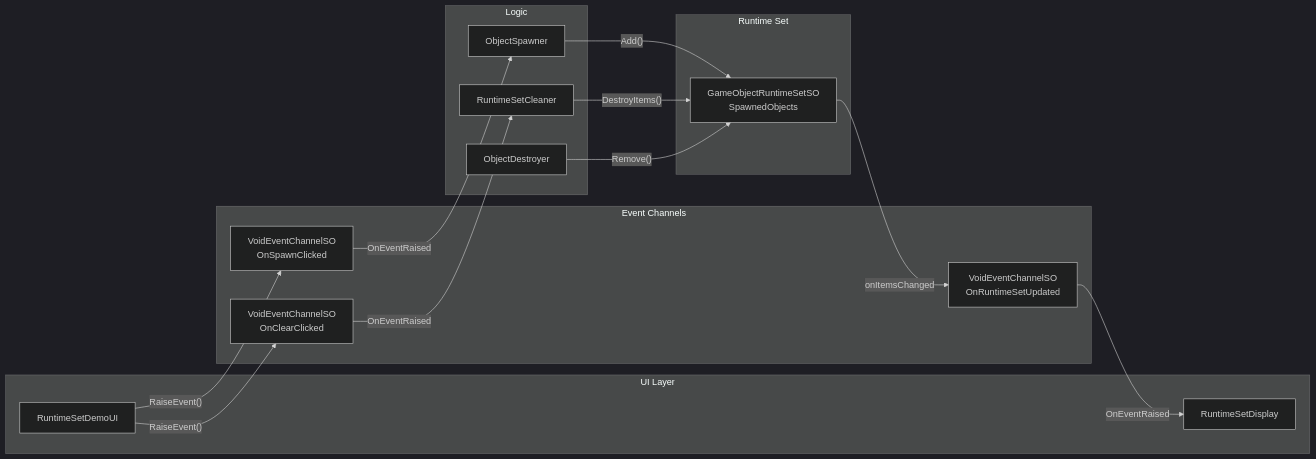
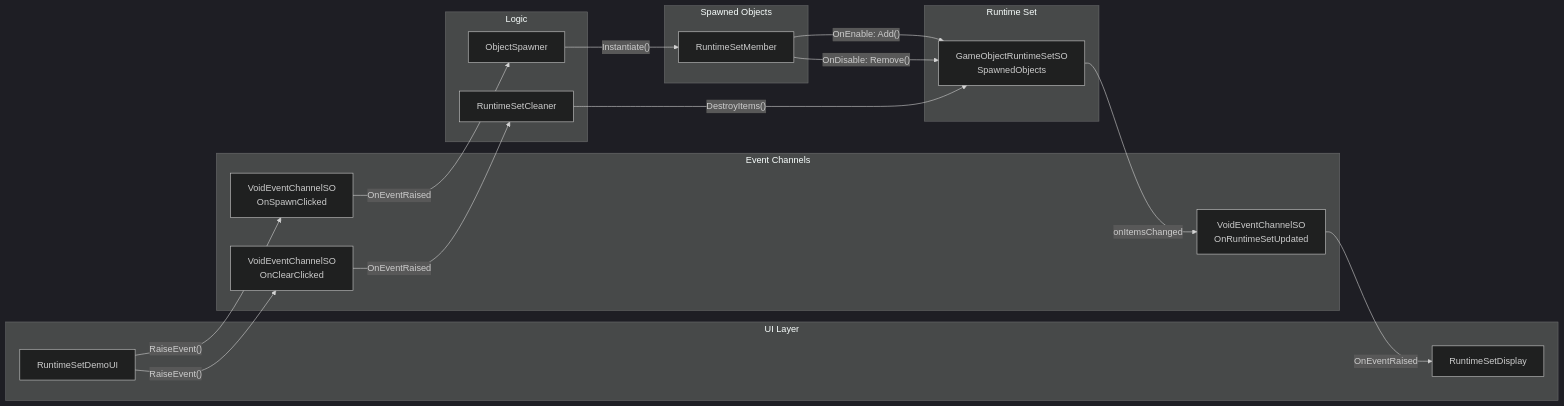
Before and after one commit to tang3cko/ReactiveSO-docs: the diagram in en/samples/runtime-sets-demo.md, drawn with Mermaid (dark theme). The commit also changed other lines of this file and 5 other files, not shown here.

````diff
--- a/en/samples/runtime-sets-demo.md
+++ b/en/samples/runtime-sets-demo.md
@@ -31,33 +31,37 @@
 ```mermaid
 graph LR
     subgraph "UI Layer"
         UI[RuntimeSetDemoUI]
         DSP[RuntimeSetDisplay]
     end
 
     subgraph "Event Channels"
         SPAWN_EVT[VoidEventChannelSO<br/>OnSpawnClicked]
         CLEAR_EVT[VoidEventChannelSO<br/>OnClearClicked]
         UPDATE_EVT[VoidEventChannelSO<br/>OnRuntimeSetUpdated]
     end
 
     subgraph "Runtime Set"
         SET[GameObjectRuntimeSetSO<br/>SpawnedObjects]
     end
 
     subgraph "Logic"
         SPAWNER[ObjectSpawner]
         CLEANER[RuntimeSetCleaner]
-        DESTROYER[ObjectDestroyer]
+    end
+
+    subgraph "Spawned Objects"
+        OBJ[RuntimeSetMember]
     end
 
     UI -->|"RaiseEvent()"| SPAWN_EVT
     UI -->|"RaiseEvent()"| CLEAR_EVT
     SPAWN_EVT -->|"OnEventRaised"| SPAWNER
+    SPAWNER -->|"Instantiate()"| OBJ
+    OBJ -->|"OnEnable: Add()"| SET
+    OBJ -->|"OnDisable: Remove()"| SET
     CLEAR_EVT -->|"OnEventRaised"| CLEANER
-    SPAWNER -->|"Add()"| SET
     CLEANER -->|"DestroyItems()"| SET
-    DESTROYER -->|"Remove()"| SET
     SET -->|"onItemsChanged"| UPDATE_EVT
     UPDATE_EVT -->|"OnEventRaised"| DSP
 ```
````
